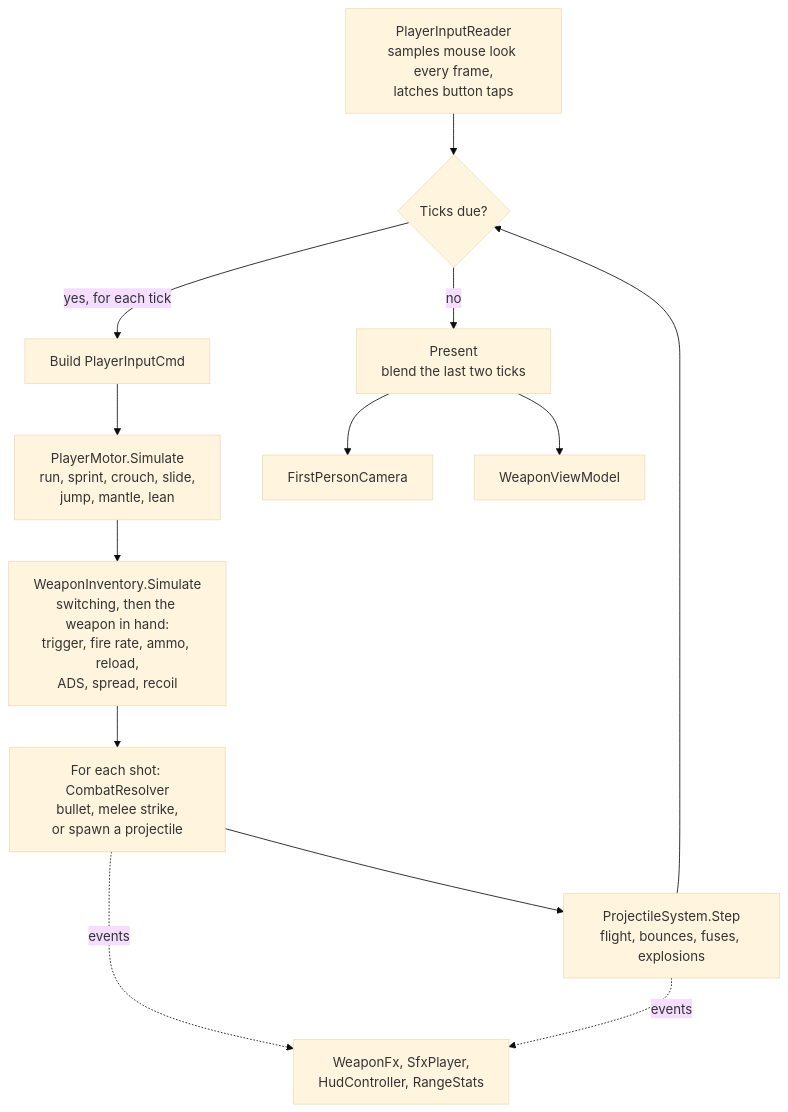
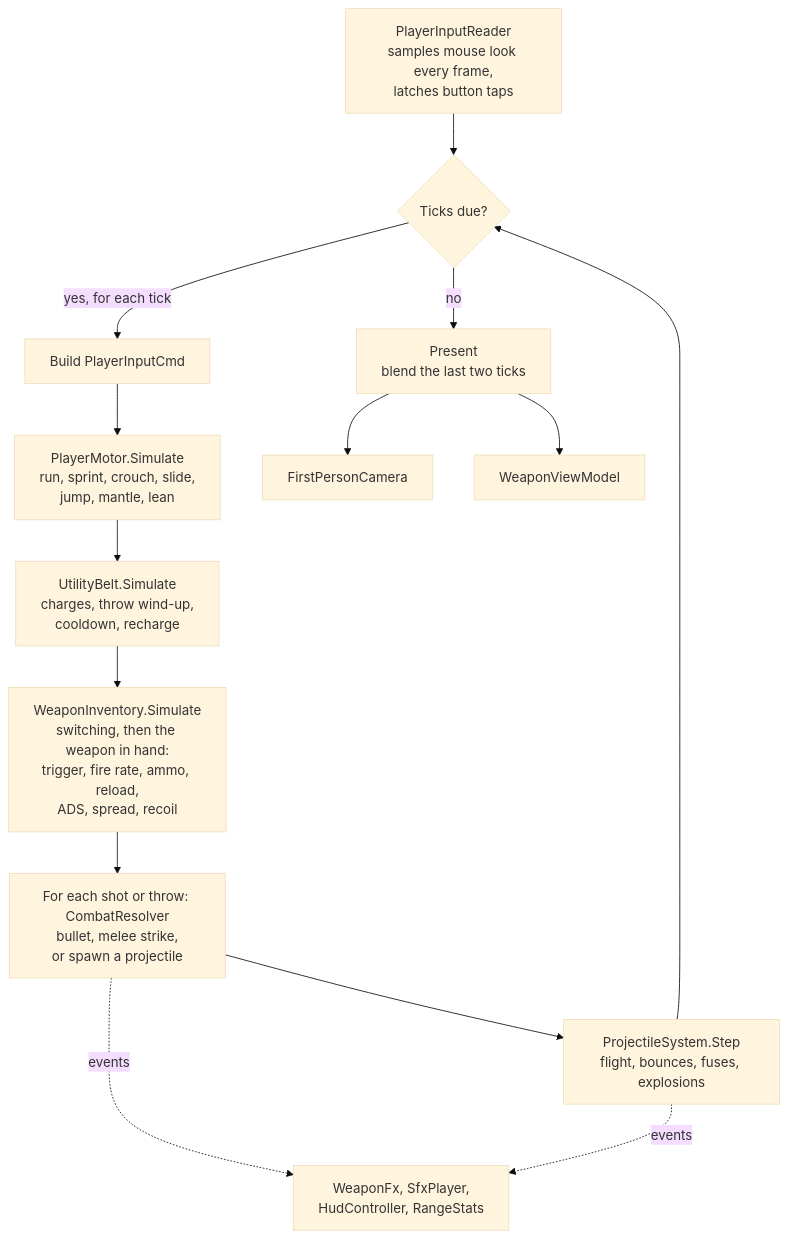
One commit to aidenobrad-ctrl/Claude changed the second of 5 diagrams in pulsebreak/docs/ARCHITECTURE.md. Above: the diagram before and after it, drawn with Mermaid (base theme). The commit also changed other lines of this file and 2 other files, not shown here.

First line of the commit message:
Document loadouts and renumber the roadmap

````diff
--- a/pulsebreak/docs/ARCHITECTURE.md
+++ b/pulsebreak/docs/ARCHITECTURE.md
@@ -122,15 +126,16 @@
 ```mermaid
 flowchart TD
     A[PlayerInputReader<br/>samples mouse look every frame,<br/>latches button taps] --> B{Ticks due?}
     B -- "yes, for each tick" --> C[Build PlayerInputCmd]
     C --> D[PlayerMotor.Simulate<br/>run, sprint, crouch, slide,<br/>jump, mantle, lean]
-    D --> E[WeaponInventory.Simulate<br/>switching, then the weapon in hand:<br/>trigger, fire rate, ammo, reload,<br/>ADS, spread, recoil]
-    E --> F[For each shot: CombatResolver<br/>bullet, melee strike,<br/>or spawn a projectile]
+    D --> U[UtilityBelt.Simulate<br/>charges, throw wind-up,<br/>cooldown, recharge]
+    U --> E[WeaponInventory.Simulate<br/>switching, then the weapon in hand:<br/>trigger, fire rate, ammo, reload,<br/>ADS, spread, recoil]
+    E --> F[For each shot or throw: CombatResolver<br/>bullet, melee strike,<br/>or spawn a projectile]
     F --> P[ProjectileSystem.Step<br/>flight, bounces, fuses, explosions]
     P --> B
     B -- "no" --> G[Present<br/>blend the last two ticks]
     G --> H[FirstPersonCamera]
     G --> I[WeaponViewModel]
     F -. events .-> J[WeaponFx, SfxPlayer,<br/>HudController, RangeStats]
     P -. events .-> J
 ```
````
